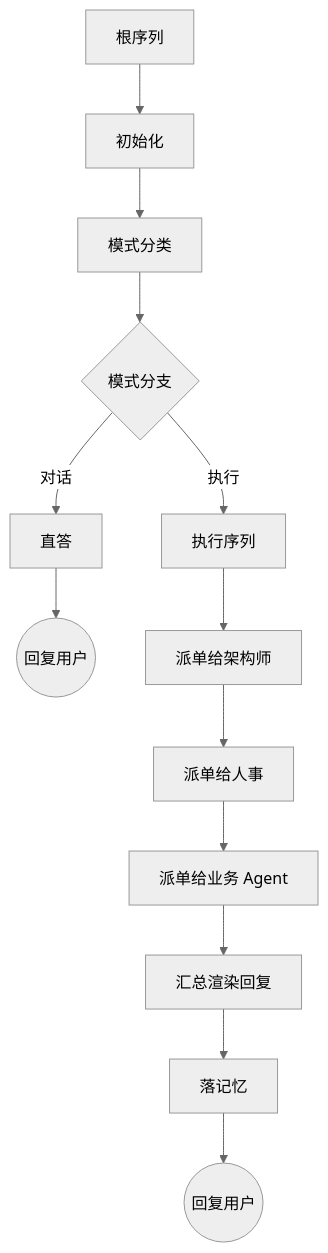
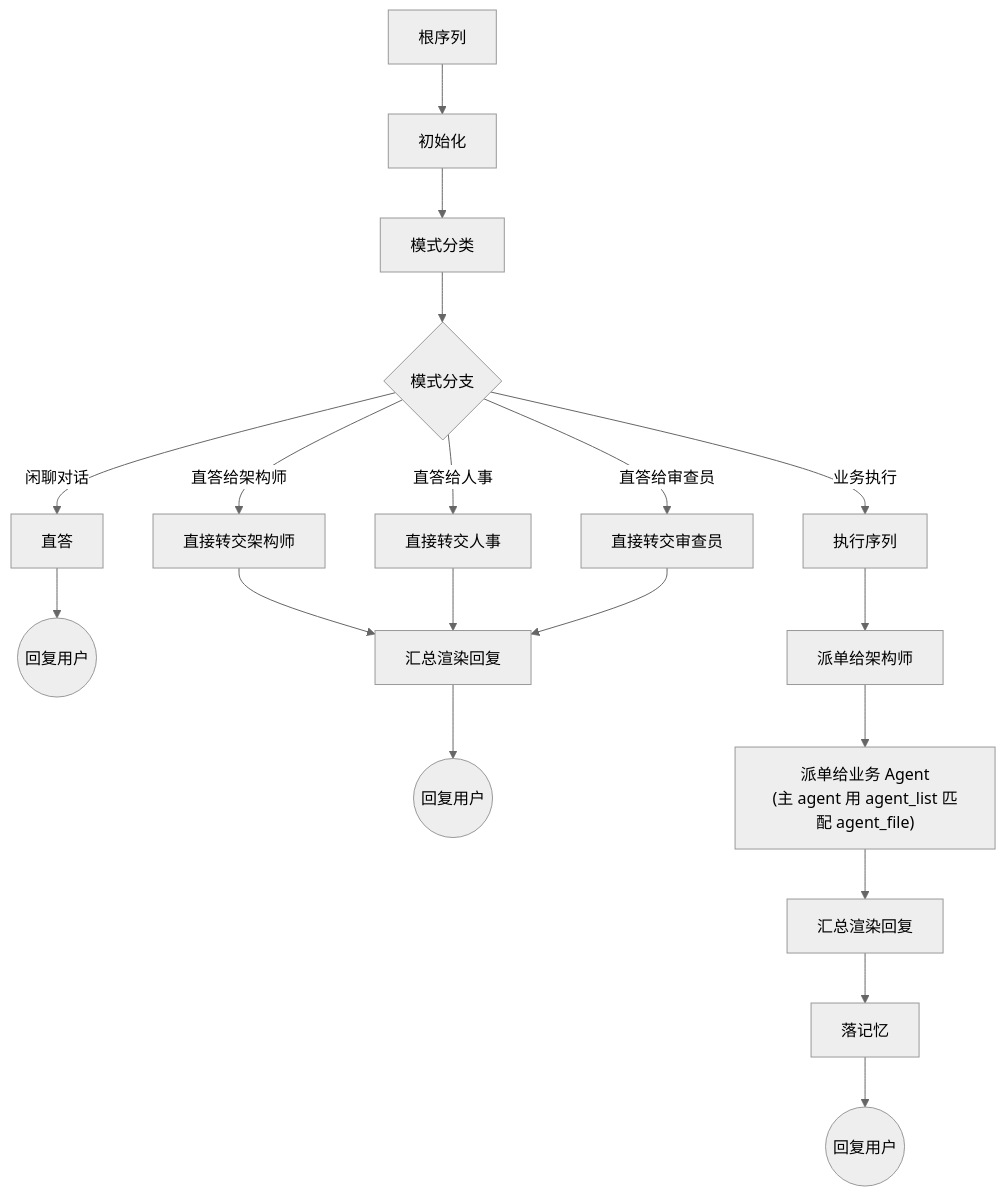
The diagram in design/WORKFLOW-EXECUTION.zh-CN.md (nan023062/agent-team-cc), drawn with Mermaid (neutral theme) before and after one commit. The commit also changed other lines of this file and 17 other files, not shown here.

````diff
--- a/design/WORKFLOW-EXECUTION.zh-CN.md
+++ b/design/WORKFLOW-EXECUTION.zh-CN.md
@@ -16,17 +16,26 @@
 ```mermaid
 flowchart TD
     Root["根序列"] --> Init["初始化"]
     Init --> Classify["模式分类"]
     Classify --> Branch{"模式分支"}
 
-    Branch -->|对话| Direct["直答"]
+    Branch -->|闲聊对话| Direct["直答"]
     Direct --> Done1((回复用户))
 
-    Branch -->|执行| Exec["执行序列"]
+    Branch -->|直答给架构师| DirectArch["直接转交架构师"]
+    DirectArch --> RespA["汇总渲染回复"]
+    RespA --> Done3((回复用户))
+
+    Branch -->|直答给人事| DirectHR["直接转交人事"]
+    DirectHR --> RespA
+
+    Branch -->|直答给审查员| DirectAudit["直接转交审查员"]
+    DirectAudit --> RespA
+
+    Branch -->|业务执行| Exec["执行序列"]
     Exec --> DA["派单给架构师"]
-    DA --> DH["派单给人事"]
-    DH --> DW["派单给业务 Agent"]
-    DW --> Resp["汇总渲染回复"]
-    Resp --> Flush["落记忆"]
+    DA --> DW["派单给业务 Agent<br/>(主 agent 用 agent_list 匹配 agent_file)"]
+    DW --> RespB["汇总渲染回复"]
+    RespB --> Flush["落记忆"]
     Flush --> Done2((回复用户))
 ```
````
